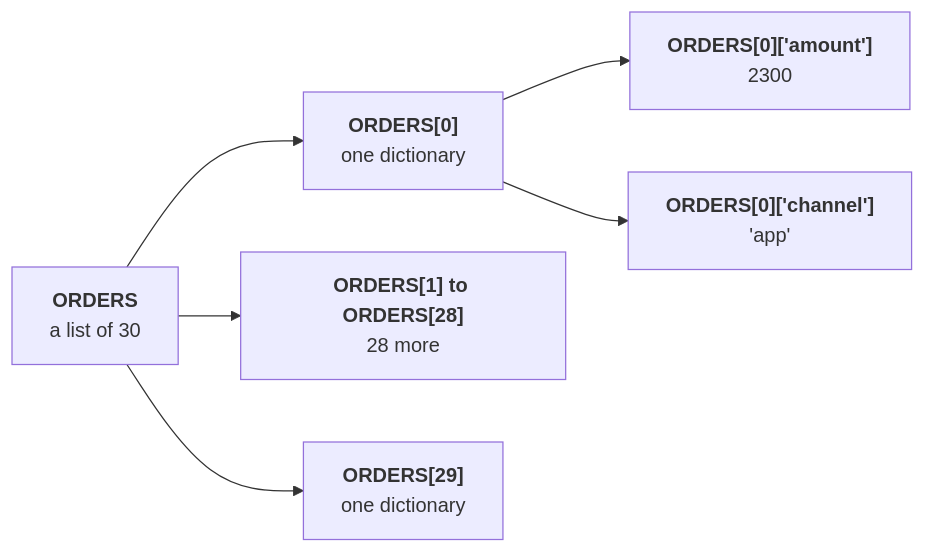
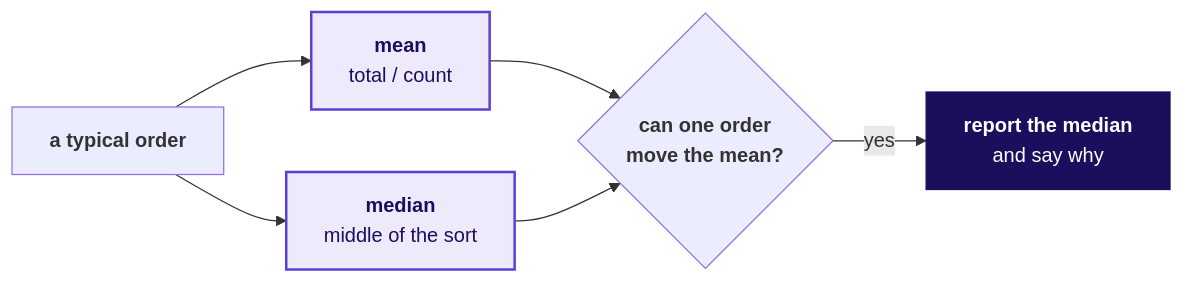
One commit to fde-academy-lab/c2-content-factory changed diagram 12 of 15 in content/W01/D1/slides/C2_W01_D01_half1_STUDENT.md. Above: the diagram before and after it, drawn with Mermaid. The commit also changed other lines of this file and 28 other files, not shown here.

````diff
--- a/content/W01/D1/slides/C2_W01_D01_half1_STUDENT.md
+++ b/content/W01/D1/slides/C2_W01_D01_half1_STUDENT.md
@@ -511,8 +831,12 @@
 ```mermaid
 flowchart LR
-    L["<b>ORDERS</b><br/>a list of 30"] --> A["<b>ORDERS[0]</b><br/>one dictionary"]
-    L --> M["<b>ORDERS[1] to ORDERS[28]</b><br/>28 more"]
-    L --> Z["<b>ORDERS[29]</b><br/>one dictionary"]
-    A --> K1["<b>ORDERS[0]['amount']</b><br/>2300"]
-    A --> K2["<b>ORDERS[0]['channel']</b><br/>'app'"]
+    T["<b>a typical order</b>"] --> M["<b>mean</b><br/>total / count"]
+    T --> D["<b>median</b><br/>middle of the sort"]
+    M --> Q{"<b>can one order<br/>move the mean?</b>"}
+    D --> Q
+    Q -->|"yes"| R["<b>report the median</b><br/>and say why"]
+    classDef known fill:#EEEAFB,stroke:#5B3FD6,color:#1A0F5C,stroke-width:2px
+    classDef bet fill:#1A0F5C,stroke:#1A0F5C,color:#FFFFFF
+    class M,D known
+    class R bet
 ```
````
